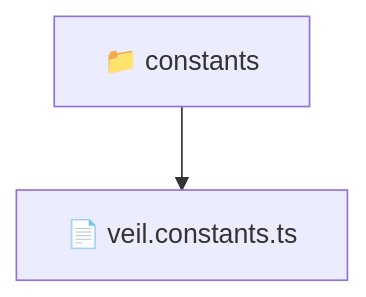
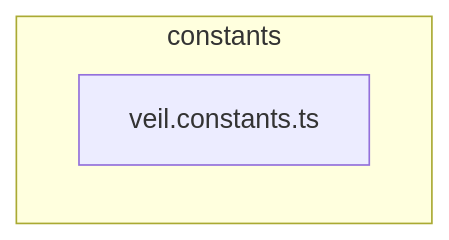
One commit to beginwebdev2002/fullstack-mavluda changed the diagram in frontend/src/entities/veil/constants/README.md. Above: the diagram before and after it, drawn with Mermaid. The commit also changed other lines of this file and 163 other files, not shown here.

````diff
--- a/frontend/src/entities/veil/constants/README.md
+++ b/frontend/src/entities/veil/constants/README.md
@@ -11,5 +15,6 @@
 ```mermaid
 graph TD
-  Root["📁 constants"]
-  Root --> veil_constants_ts["📄 veil.constants.ts"]
+  subgraph constants
+    veil_constants_ts["veil.constants.ts"]
+  end
 ```
````
